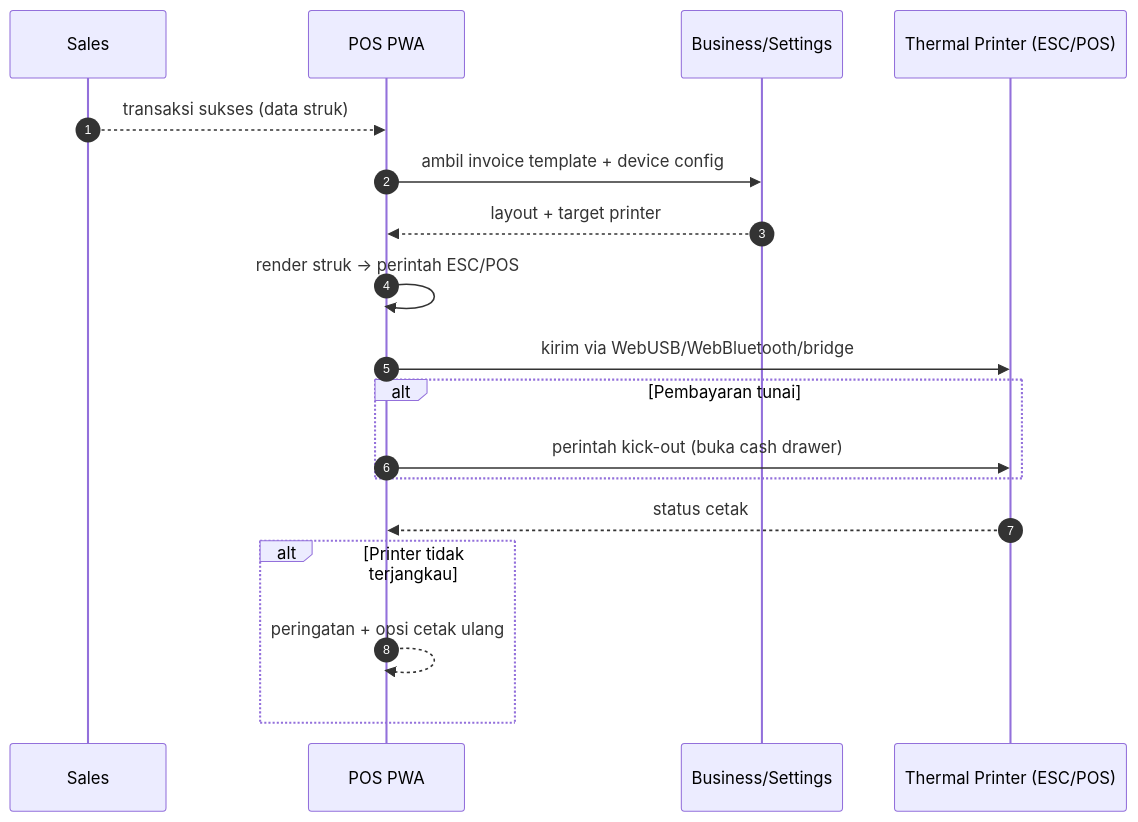
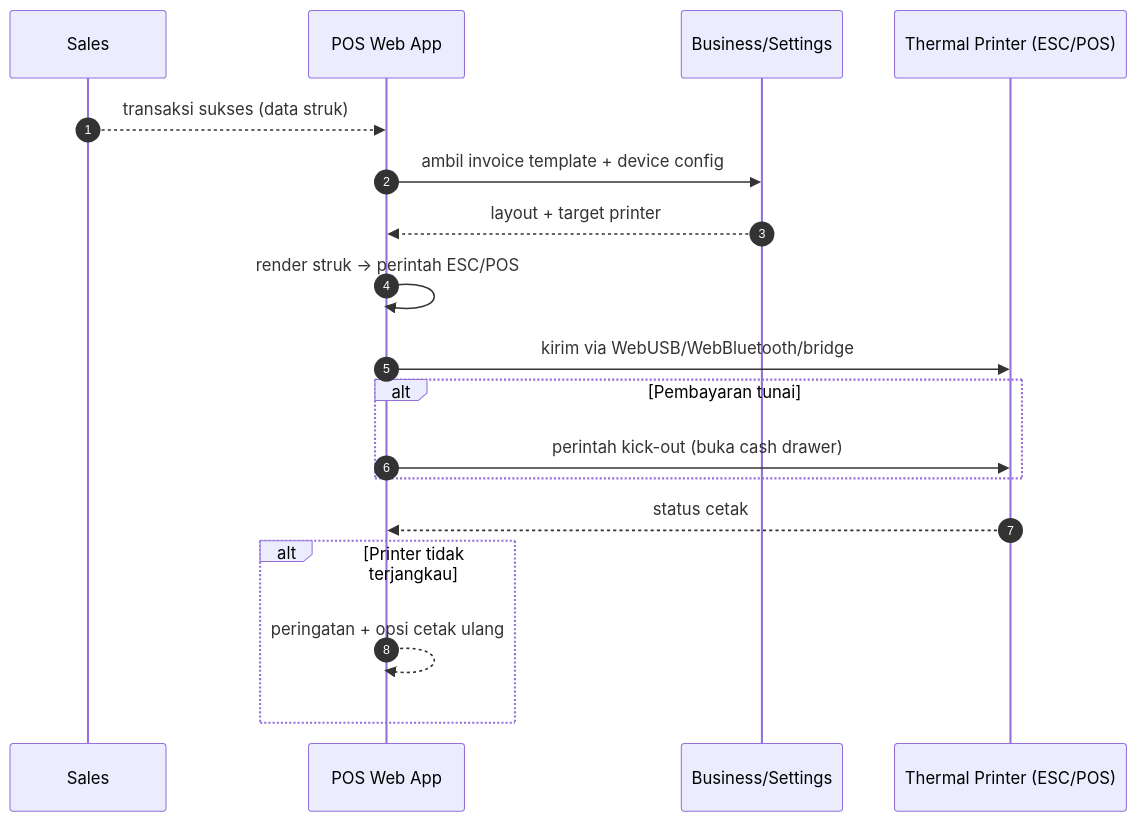
Diagram 11 of 31 in Sequence_Diagram.md (whaone/POS2026), drawn with Mermaid before and after one commit. The commit also changed other lines of this file and 3 other files, not shown here.

````diff
--- a/Sequence_Diagram.md
+++ b/Sequence_Diagram.md
@@ -391,21 +450,21 @@
 ```mermaid
 sequenceDiagram
     autonumber
     participant SAL as Sales
-    participant PWA as POS PWA
+    participant POS as POS Web App
     participant CFG as Business/Settings
     participant PRN as Thermal Printer (ESC/POS)
  
-    SAL-->>PWA: transaksi sukses (data struk)
-    PWA->>CFG: ambil invoice template + device config
-    CFG-->>PWA: layout + target printer
-    PWA->>PWA: render struk -> perintah ESC/POS
-    PWA->>PRN: kirim via WebUSB/WebBluetooth/bridge
+    SAL-->>POS: transaksi sukses (data struk)
+    POS->>CFG: ambil invoice template + device config
+    CFG-->>POS: layout + target printer
+    POS->>POS: render struk -> perintah ESC/POS
+    POS->>PRN: kirim via WebUSB/WebBluetooth/bridge
     alt Pembayaran tunai
-        PWA->>PRN: perintah kick-out (buka cash drawer)
+        POS->>PRN: perintah kick-out (buka cash drawer)
     end
-    PRN-->>PWA: status cetak
+    PRN-->>POS: status cetak
     alt Printer tidak terjangkau
-        PWA-->>PWA: peringatan + opsi cetak ulang
+        POS-->>POS: peringatan + opsi cetak ulang
     end
 ```
````
